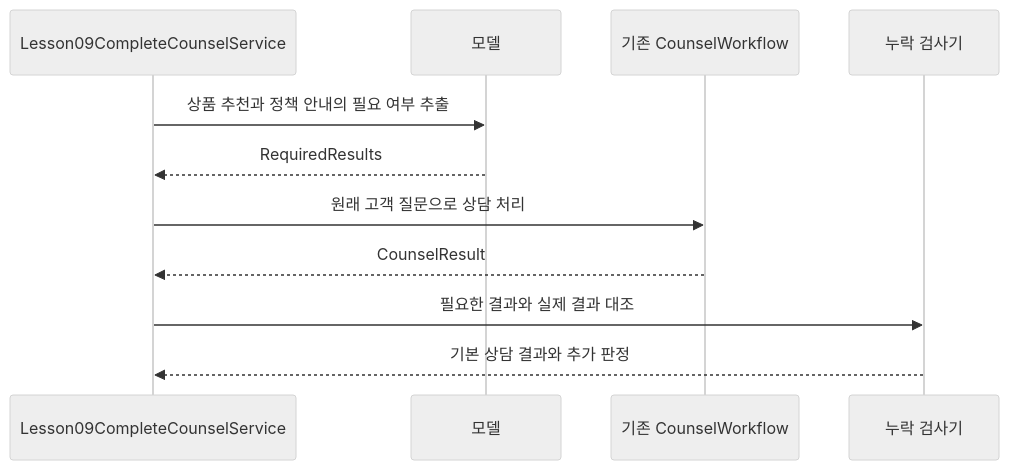
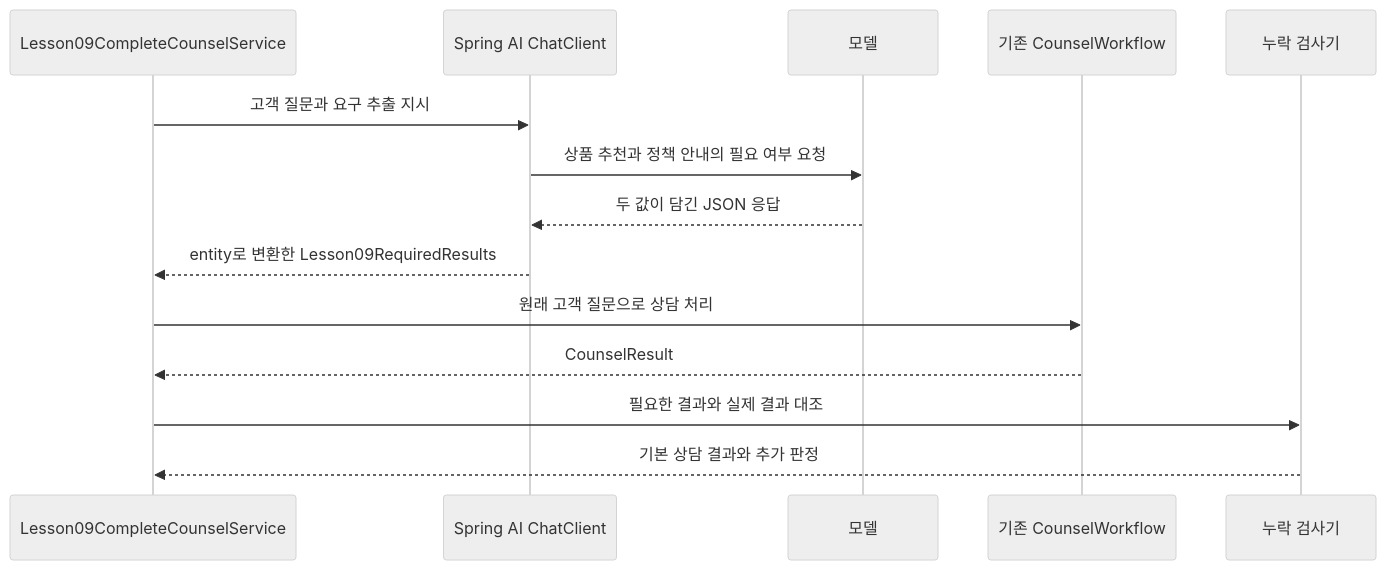
Before and after one commit to Justin-ad-Park/SpringShoppingAI: the diagram in Spring-AI-Agent-Learning/docs/lessons/13-shopping-agent/09-result-completeness.md, drawn with Mermaid (neutral theme). The commit also changed other lines of this file and 5 other files, not shown here.

````diff
--- a/Spring-AI-Agent-Learning/docs/lessons/13-shopping-agent/09-result-completeness.md
+++ b/Spring-AI-Agent-Learning/docs/lessons/13-shopping-agent/09-result-completeness.md
@@ -49,13 +49,16 @@
 ```mermaid
 sequenceDiagram
     participant S as Lesson09CompleteCounselService
+    participant A as Spring AI ChatClient
     participant M as 모델
     participant W as 기존 CounselWorkflow
     participant C as 누락 검사기
-    S->>M: 상품 추천과 정책 안내의 필요 여부 추출
-    M-->>S: RequiredResults
+    S->>A: 고객 질문과 요구 추출 지시
+    A->>M: 상품 추천과 정책 안내의 필요 여부 요청
+    M-->>A: 두 값이 담긴 JSON 응답
+    A-->>S: entity로 변환한 Lesson09RequiredResults
     S->>W: 원래 고객 질문으로 상담 처리
     W-->>S: CounselResult
     S->>C: 필요한 결과와 실제 결과 대조
     C-->>S: 기본 상담 결과와 추가 판정
 ```
````
